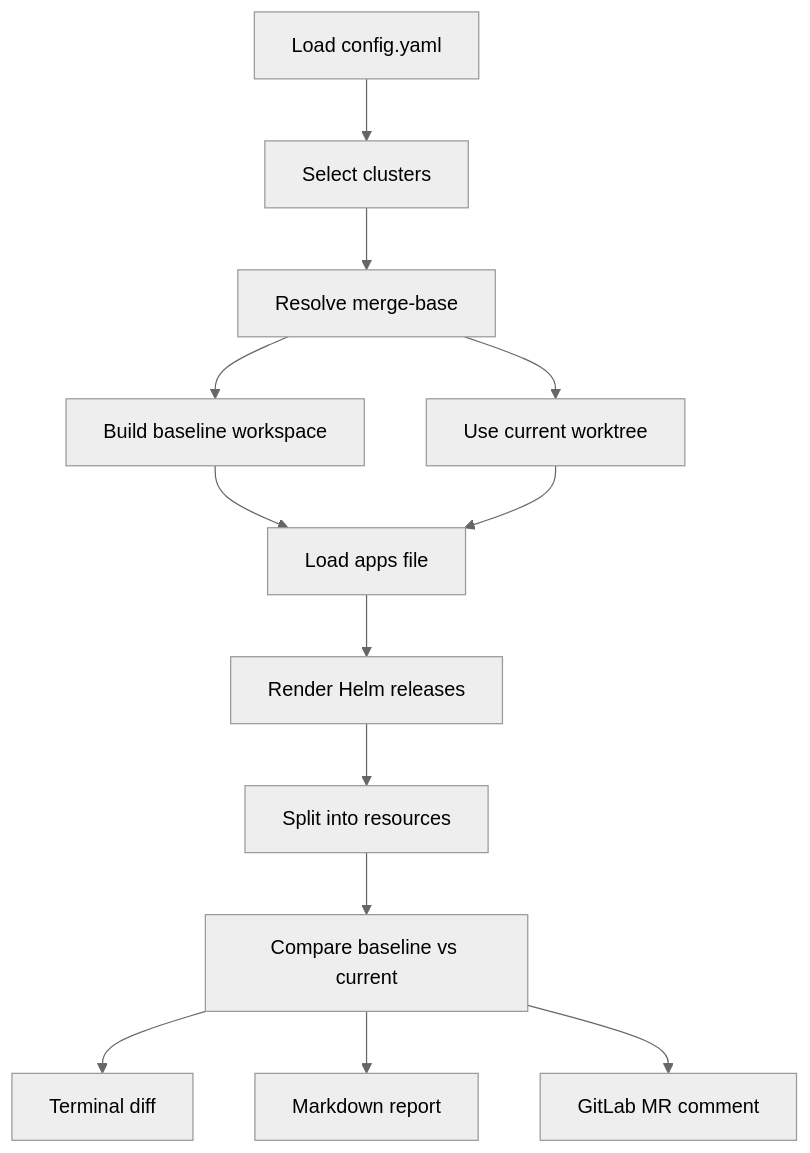
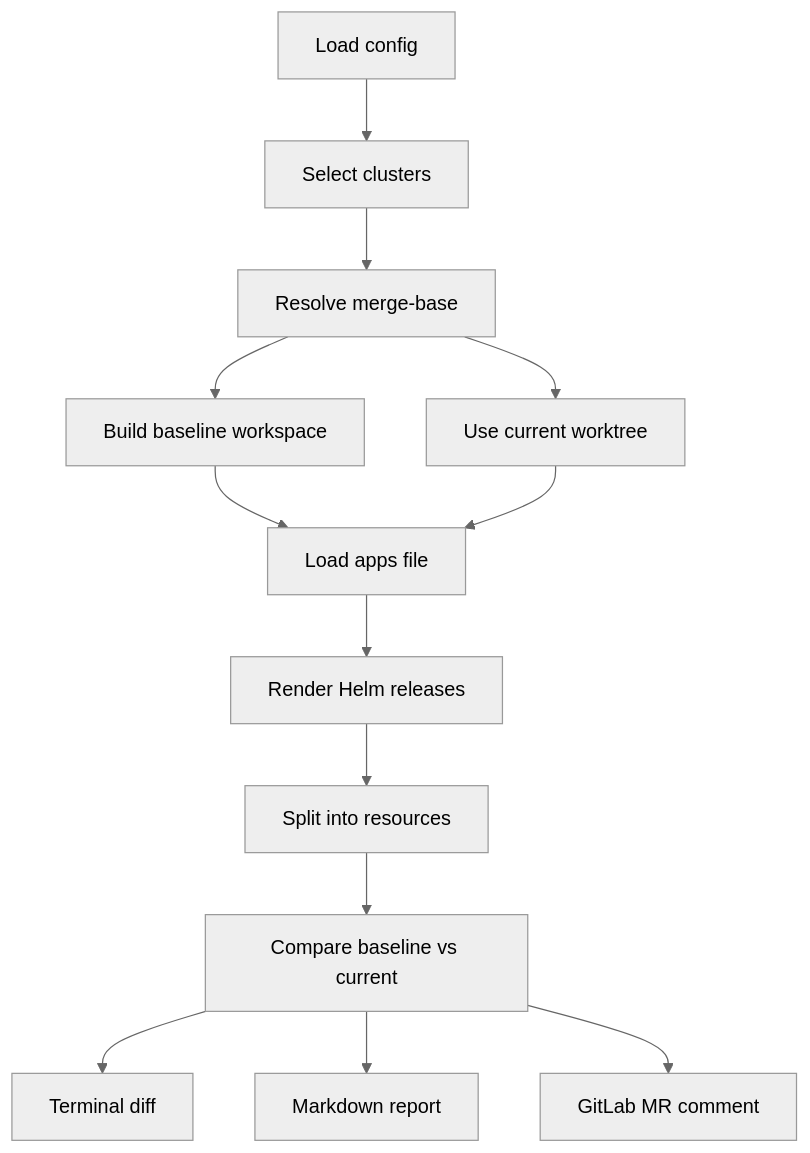
Before and after one commit to sohooo/moebius: the diagram in README.md, drawn with Mermaid (neutral theme). The commit also changed other lines of this file and 5 other files, not shown here.

````diff
--- a/README.md
+++ b/README.md
@@ -279,15 +103,15 @@
 ```mermaid
 flowchart TD
-    A["Load config.yaml"] --> B["Select clusters"]
+    A["Load config"] --> B["Select clusters"]
     B --> C["Resolve merge-base"]
     C --> D["Build baseline workspace"]
     C --> E["Use current worktree"]
     D --> F["Load apps file"]
     E --> F
     F --> G["Render Helm releases"]
     G --> H["Split into resources"]
     H --> I["Compare baseline vs current"]
     I --> J["Terminal diff"]
     I --> K["Markdown report"]
     I --> L["GitLab MR comment"]
 ```
````
